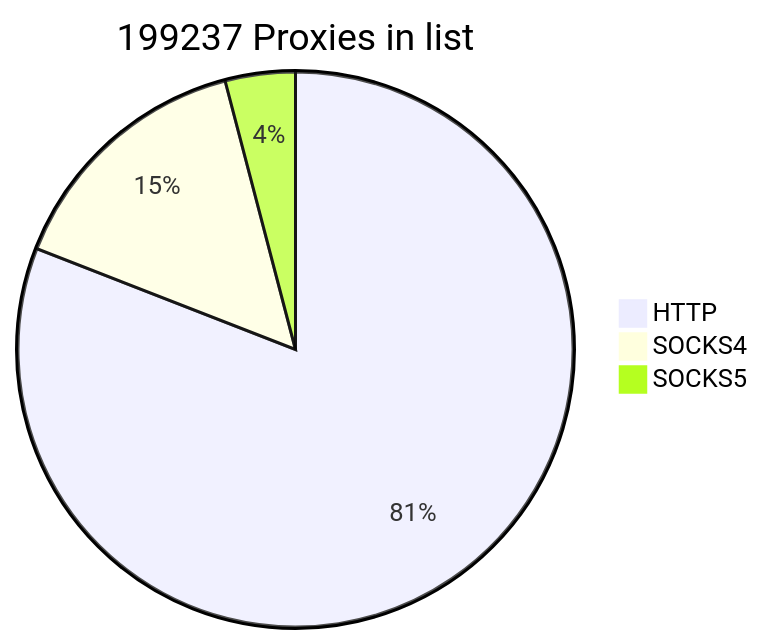
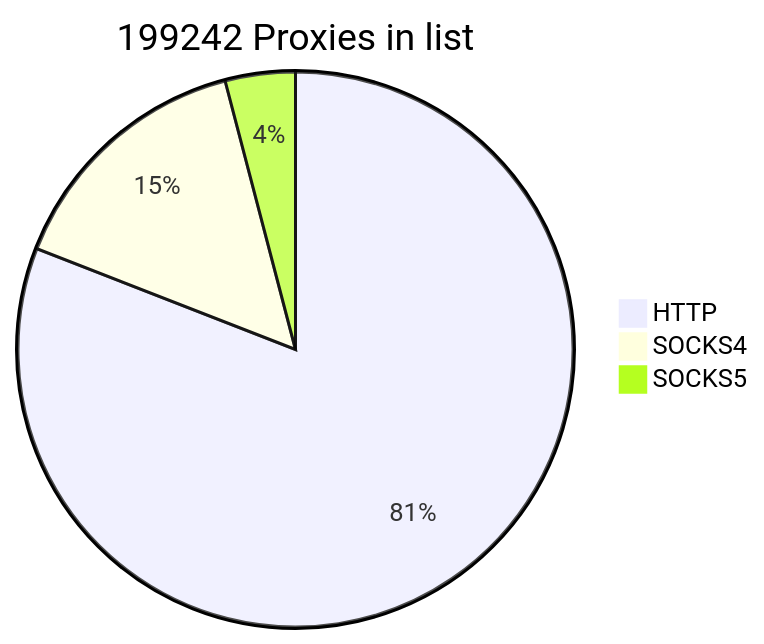
The first of 2 diagrams in README.md (cutipu/proxylist), drawn with Mermaid before and after one commit. The commit also changed other lines of this file, not shown here.

````diff
--- a/README.md
+++ b/README.md
@@ -2,7 +2,7 @@
 ```mermaid
-pie title 199237 Proxies in list
-    "HTTP" : 161208
-    "SOCKS4" : 29905
-    "SOCKS5" : 8124
+pie title 199242 Proxies in list
+    "HTTP" : 161212
+    "SOCKS4" : 29907
+    "SOCKS5" : 8123
             
 ```
````
